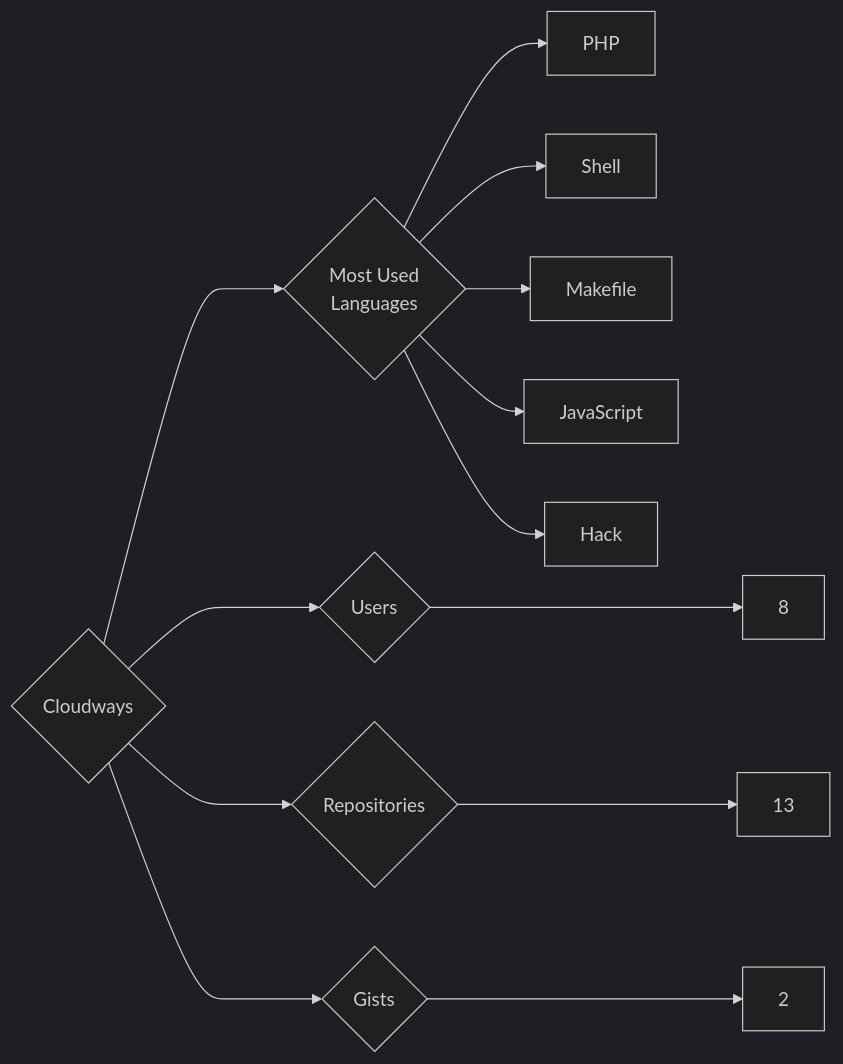
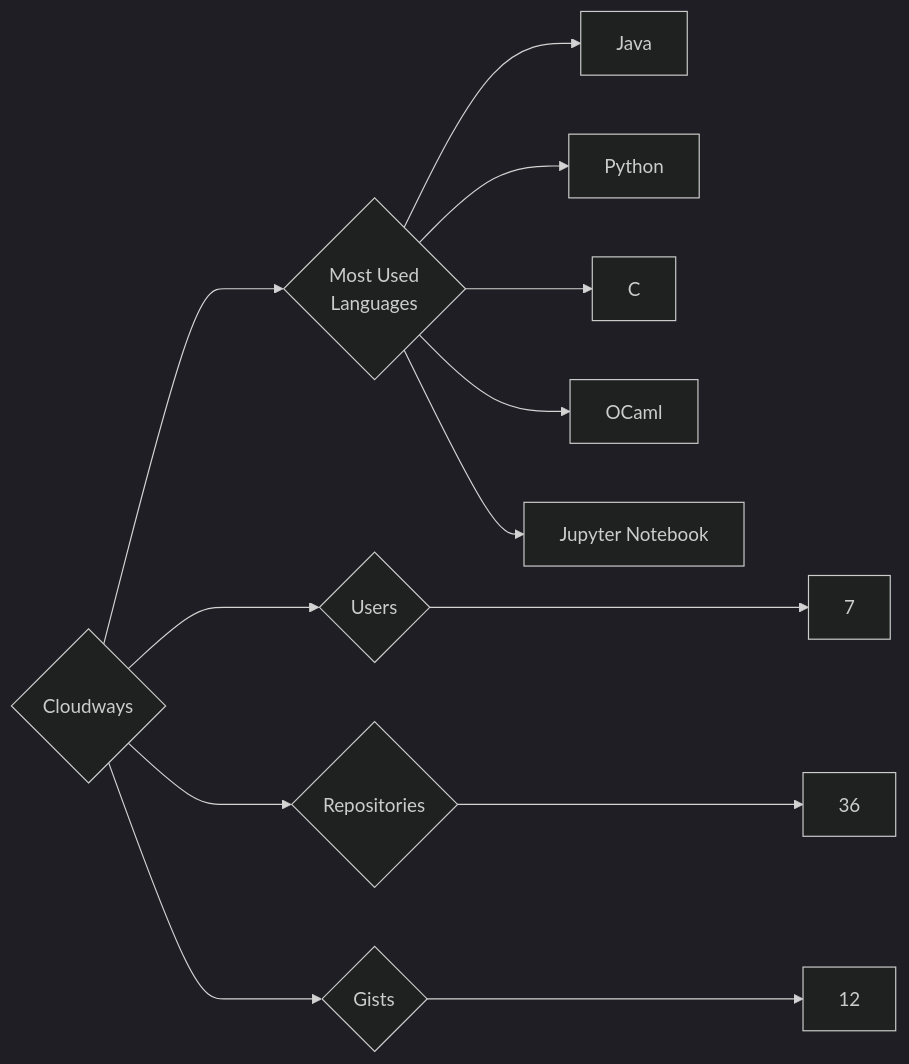
The diagram in targets/Cloudways/README.md (trickest/insiders), drawn with Mermaid (dark theme) before and after one commit. The commit also changed 912 other files, not shown here.

````diff
--- a/targets/Cloudways/README.md
+++ b/targets/Cloudways/README.md
@@ -3,13 +3,13 @@
 ```mermaid
 graph LR
 COMPANY_NAME{Cloudways}
-COMPANY_NAME ---> U{Users} ---> UN[8]
-COMPANY_NAME ---> R{Repositories} ---> RN[13]
-COMPANY_NAME ---> G{Gists} ---> GN[2]
+COMPANY_NAME ---> U{Users} ---> UN[7]
+COMPANY_NAME ---> R{Repositories} ---> RN[36]
+COMPANY_NAME ---> G{Gists} ---> GN[12]
 COMPANY_NAME ---> ML{Most Used<br>Languages}
-ML --> PHP[PHP]
-ML --> Shell[Shell]
-ML --> Makefile[Makefile]
-ML --> JavaScript[JavaScript]
-ML --> Hack[Hack]
+ML --> Java[Java]
+ML --> Python[Python]
+ML --> C[C]
+ML --> OCaml[OCaml]
+ML --> Jupyter_Notebook[Jupyter Notebook]
 ```
````
